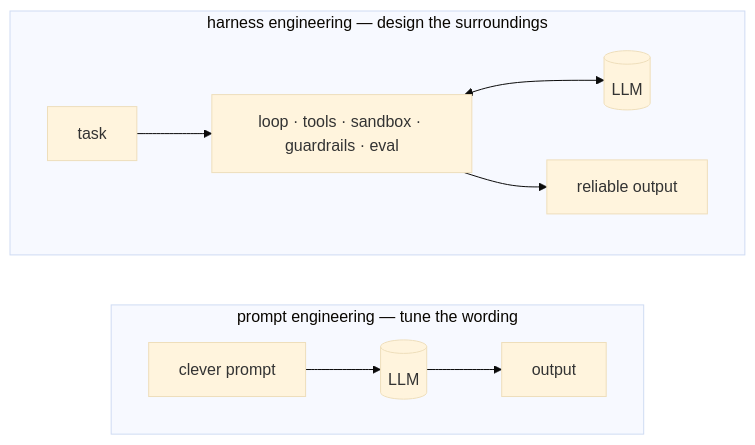
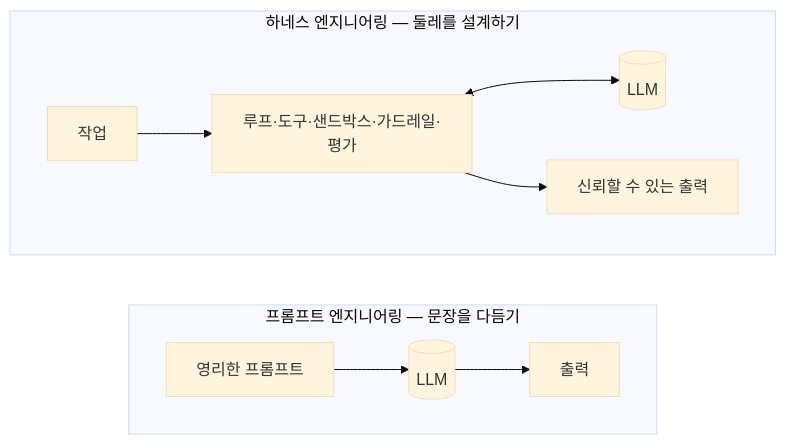
Before and after one commit to CodeCompose7/awesome-ai-stack: the second of 2 diagrams in src/content/concepts/ko/harness-engineering.mdx, drawn with Mermaid (base theme). The commit also changed other lines of this file and 1 other file, not shown here.

First line of the commit message:
i18n(concepts): localize harness diagrams to Korean; stronger harness tint

````diff
--- a/src/content/concepts/ko/harness-engineering.mdx
+++ b/src/content/concepts/ko/harness-engineering.mdx
@@ -56,13 +56,13 @@
 ```mermaid
 flowchart LR
-  subgraph pe ["prompt engineering — tune the wording"]
+  subgraph pe ["프롬프트 엔지니어링 — 문장을 다듬기"]
     direction LR
-    a1["clever prompt"] --> a2[("LLM")] --> a3["output"]
+    a1["영리한 프롬프트"] --> a2[("LLM")] --> a3["출력"]
   end
-  subgraph he ["harness engineering — design the surroundings"]
+  subgraph he ["하네스 엔지니어링 — 둘레를 설계하기"]
     direction LR
-    b1["task"] --> b2["loop · tools · sandbox · guardrails · eval"]
+    b1["작업"] --> b2["루프·도구·샌드박스·가드레일·평가"]
     b2 <--> b3[("LLM")]
-    b2 --> b4["reliable output"]
+    b2 --> b4["신뢰할 수 있는 출력"]
   end
 ```
````
